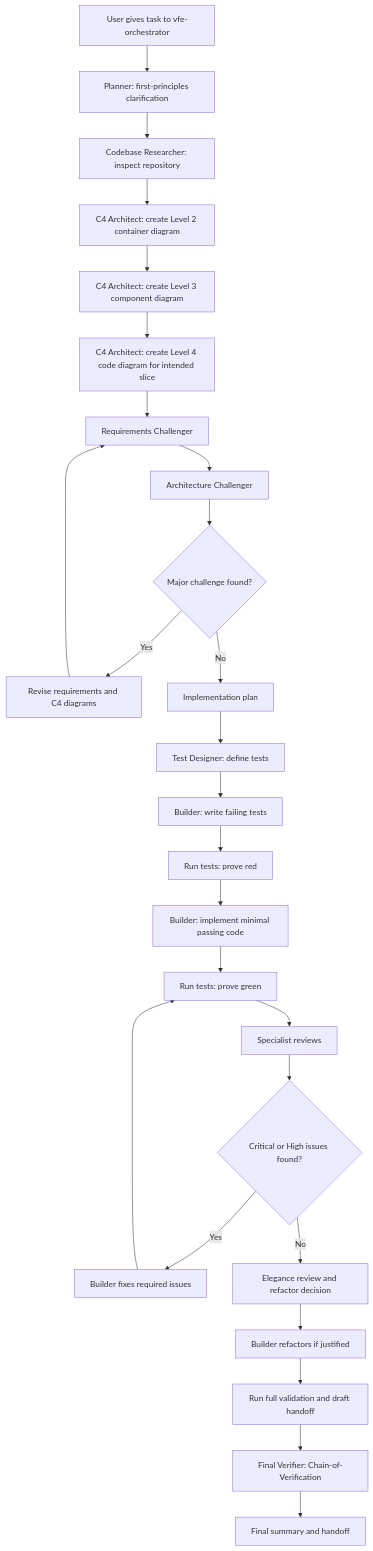
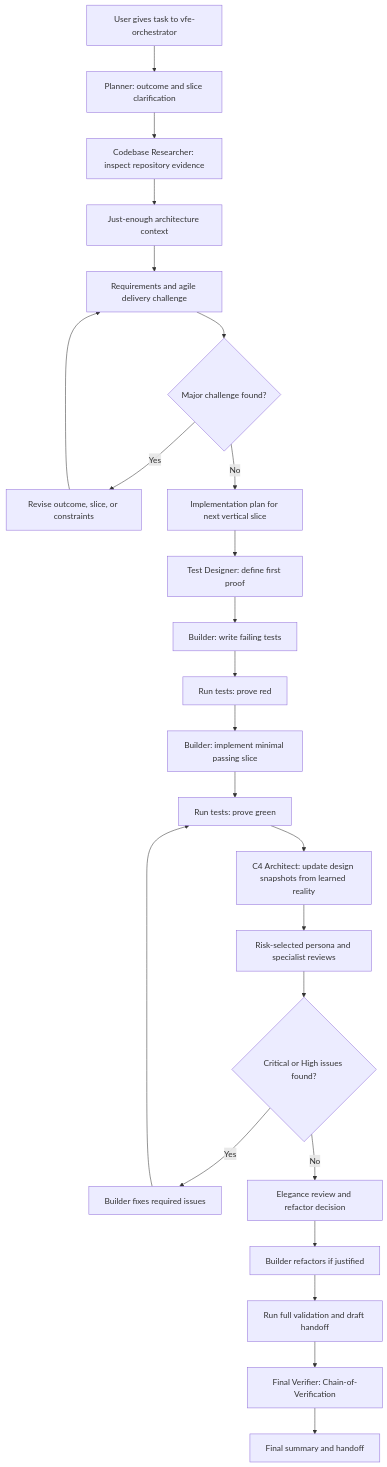
Before and after one commit to Gibbs-Morris/mississippi: the diagram in .github/agents/vfe-orchestrator.agent.md, drawn with Mermaid. The commit also changed other lines of this file and 26 other files, not shown here.

Commit message:
Refine VFE agile persona workflow

````diff
--- a/.github/agents/vfe-orchestrator.agent.md
+++ b/.github/agents/vfe-orchestrator.agent.md
@@ -173,28 +216,26 @@
 ```mermaid
 flowchart TD
-    A[User gives task to vfe-orchestrator] --> B[Planner: first-principles clarification]
-    B --> C[Codebase Researcher: inspect repository]
-    C --> D[C4 Architect: create Level 2 container diagram]
-    D --> E[C4 Architect: create Level 3 component diagram]
-    E --> F[C4 Architect: create Level 4 code diagram for intended slice]
-    F --> G[Requirements Challenger]
-    G --> H[Architecture Challenger]
-    H --> I{Major challenge found?}
-    I -- Yes --> J[Revise requirements and C4 diagrams]
-    J --> G
-    I -- No --> K[Implementation plan]
-    K --> L[Test Designer: define tests]
-    L --> M[Builder: write failing tests]
-    M --> N[Run tests: prove red]
-    N --> O[Builder: implement minimal passing code]
-    O --> P[Run tests: prove green]
-    P --> Q[Specialist reviews]
-    Q --> R{Critical or High issues found?}
-    R -- Yes --> S[Builder fixes required issues]
-    S --> P
-    R -- No --> T[Elegance review and refactor decision]
-    T --> U[Builder refactors if justified]
-   U --> V[Run full validation and draft handoff]
-   V --> W[Final Verifier: Chain-of-Verification]
-    W --> X[Final summary and handoff]
+  A[User gives task to vfe-orchestrator] --> B[Planner: outcome and slice clarification]
+  B --> C[Codebase Researcher: inspect repository evidence]
+  C --> D[Just-enough architecture context]
+  D --> E[Requirements and agile delivery challenge]
+  E --> F{Major challenge found?}
+  F -- Yes --> G[Revise outcome, slice, or constraints]
+  G --> E
+  F -- No --> H[Implementation plan for next vertical slice]
+  H --> I[Test Designer: define first proof]
+  I --> J[Builder: write failing tests]
+  J --> K[Run tests: prove red]
+  K --> L[Builder: implement minimal passing slice]
+  L --> M[Run tests: prove green]
+  M --> N[C4 Architect: update design snapshots from learned reality]
+  N --> O[Risk-selected persona and specialist reviews]
+  O --> P{Critical or High issues found?}
+  P -- Yes --> Q[Builder fixes required issues]
+  Q --> M
+  P -- No --> R[Elegance review and refactor decision]
+  R --> S[Builder refactors if justified]
+  S --> T[Run full validation and draft handoff]
+  T --> U[Final Verifier: Chain-of-Verification]
+  U --> V[Final summary and handoff]
 ```
````
